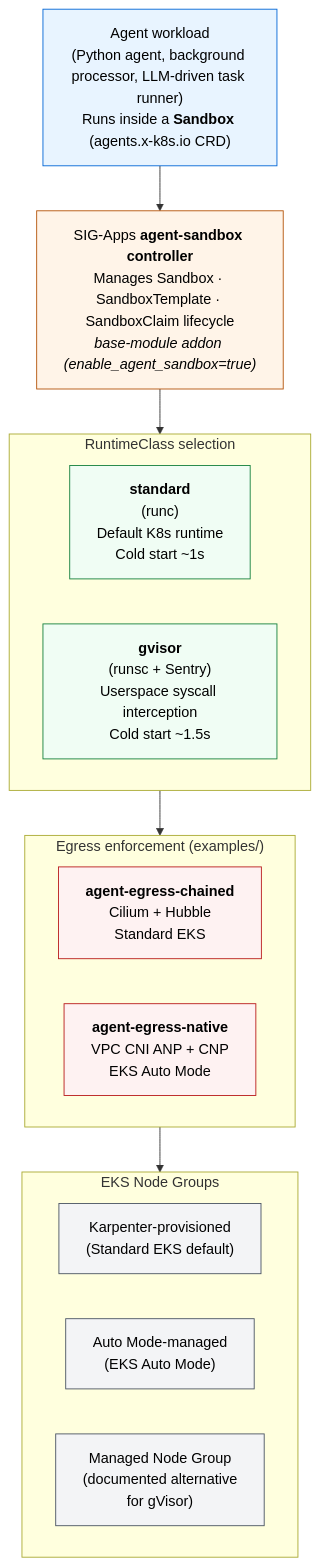
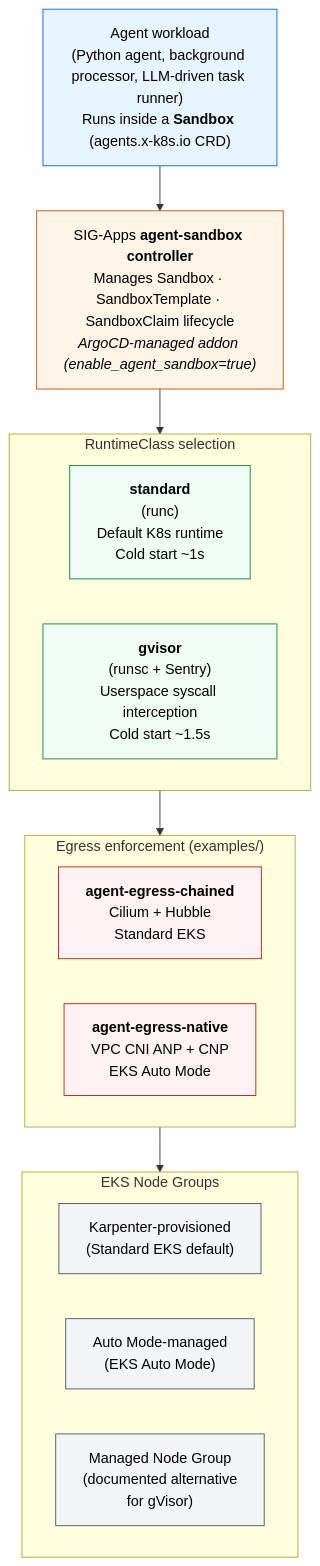
Before and after one commit to awslabs/ai-on-eks: the diagram in website/docs/infra/agents/agent-sandbox.md, drawn with Mermaid. The commit also changed other lines of this file and 5 other files, not shown here.

First line of the commit message:
fix(base): revert agent-sandbox to ArgoCD Helm source; gateways category + absolute website refs

````diff
--- a/website/docs/infra/agents/agent-sandbox.md
+++ b/website/docs/infra/agents/agent-sandbox.md
@@ -27,36 +27,36 @@
 ```mermaid
 flowchart TB
     classDef workload fill:#e8f4ff,stroke:#0366d6,color:#000
     classDef controller fill:#fff4e8,stroke:#b45309,color:#000
     classDef runtime fill:#f0fdf4,stroke:#15803d,color:#000
     classDef egress fill:#fef2f2,stroke:#b91c1c,color:#000
     classDef node fill:#f3f4f6,stroke:#4b5563,color:#000
 
     A["Agent workload<br/>(Python agent, background processor, LLM-driven task runner)<br/>Runs inside a <b>Sandbox</b> (agents.x-k8s.io CRD)"]:::workload
 
-    B["SIG-Apps <b>agent-sandbox controller</b><br/>Manages Sandbox · SandboxTemplate · SandboxClaim lifecycle<br/><i>base-module addon (enable_agent_sandbox=true)</i>"]:::controller
+    B["SIG-Apps <b>agent-sandbox controller</b><br/>Manages Sandbox · SandboxTemplate · SandboxClaim lifecycle<br/><i>ArgoCD-managed addon (enable_agent_sandbox=true)</i>"]:::controller
 
     subgraph C["RuntimeClass selection"]
         direction LR
         C1["<b>standard</b><br/>(runc)<br/>Default K8s runtime<br/>Cold start ~1s"]:::runtime
         C2["<b>gvisor</b><br/>(runsc + Sentry)<br/>Userspace syscall interception<br/>Cold start ~1.5s"]:::runtime
     end
 
     subgraph D["Egress enforcement (examples/)"]
         direction LR
         D1["<b>agent-egress-chained</b><br/>Cilium + Hubble<br/>Standard EKS"]:::egress
         D2["<b>agent-egress-native</b><br/>VPC CNI ANP + CNP<br/>EKS Auto Mode"]:::egress
     end
 
     subgraph E["EKS Node Groups"]
         direction LR
         E1["Karpenter-provisioned<br/>(Standard EKS default)"]:::node
         E2["Auto Mode-managed<br/>(EKS Auto Mode)"]:::node
         E3["Managed Node Group<br/>(documented alternative<br/>for gVisor)"]:::node
     end
 
     A --> B
     B --> C
     C --> D
     D --> E
 ```
````
